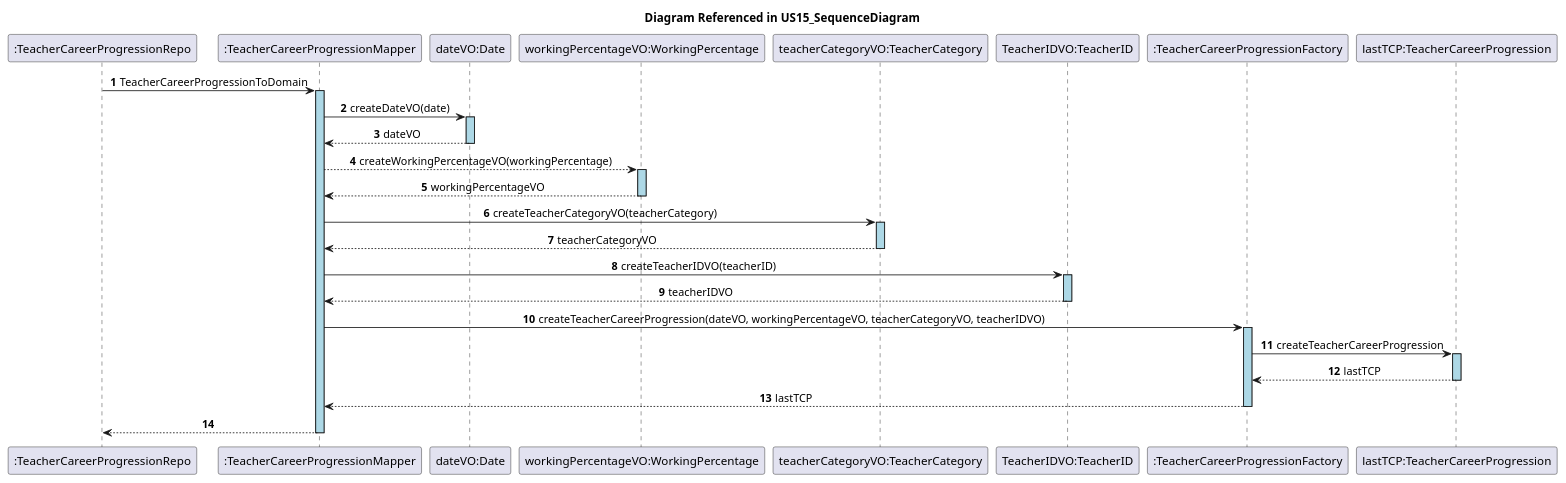
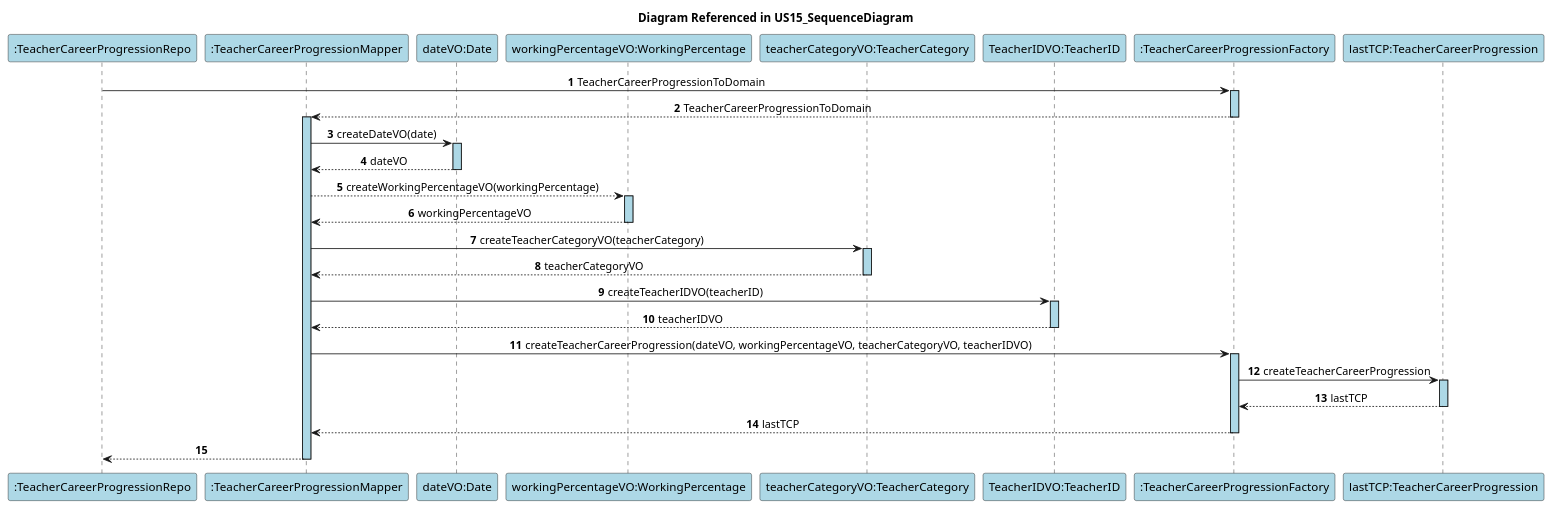
One commit to GasparISEP/DevOps-PAI changed the diagram in docs/US15/UpdateTeacherWorkingPercentage_SpringData/SequenceDiagramRef_ToDomain.puml. Above: the diagram before and after it, drawn with PlantUML. The commit also changed 5 other files, not shown here.

Commit message:
Update the sequence diagrams for the TeacherCareerProgression aggregate. Refs #268

```diff
--- a/docs/US15/UpdateTeacherWorkingPercentage_SpringData/SequenceDiagramRef_ToDomain.puml
+++ b/docs/US15/UpdateTeacherWorkingPercentage_SpringData/SequenceDiagramRef_ToDomain.puml
@@ -1,46 +1,50 @@
 @startuml
 autonumber
 skinparam sequenceMessageAlign center
 skinparam sequenceLifeLineBackgroundColor lightblue
 title Diagram Referenced in US15_SequenceDiagram
 
-participant ":TeacherCareerProgressionRepo" as TCPRepo
-participant ":TeacherCareerProgressionMapper" as TCPMapper
-participant "dateVO:Date" as DateVO
-participant "workingPercentageVO:WorkingPercentage" as WPVO
-participant "teacherCategoryVO:TeacherCategory" as TCVO
-participant "TeacherIDVO:TeacherID" as TID
-participant ":TeacherCareerProgressionFactory" as TCPFactory
-participant "lastTCP:TeacherCareerProgression" as TCP
+participant ":TeacherCareerProgressionRepo" as TCPRepo #lightblue
+participant ":TeacherCareerProgressionFactory" as TCPFactory #lightblue
+participant ":TeacherCareerProgressionMapper" as TCPMapper #lightblue
+participant "dateVO:Date" as DateVO #lightblue
+participant "workingPercentageVO:WorkingPercentage" as WPVO #lightblue
+participant "teacherCategoryVO:TeacherCategory" as TCVO #lightblue
+participant "TeacherIDVO:TeacherID" as TID #lightblue
+participant ":TeacherCareerProgressionFactory" as TCPFactory #lightblue
+participant "lastTCP:TeacherCareerProgression" as TCP #lightblue
 
-TCPRepo -> TCPMapper : TeacherCareerProgressionToDomain
+TCPRepo -> TCPFactory : TeacherCareerProgressionToDomain
+activate TCPFactory
+TCPFactory --> TCPMapper: TeacherCareerProgressionToDomain
+deactivate TCPFactory
 activate TCPMapper
 TCPMapper -> DateVO : createDateVO(date)
 activate DateVO
 DateVO --> TCPMapper : dateVO
 deactivate DateVO
 TCPMapper --> WPVO : createWorkingPercentageVO(workingPercentage)
 activate WPVO
 WPVO --> TCPMapper : workingPercentageVO
 deactivate WPVO
 TCPMapper -> TCVO : createTeacherCategoryVO(teacherCategory)
 activate TCVO
 TCVO --> TCPMapper : teacherCategoryVO
 deactivate TCVO
 TCPMapper -> TID : createTeacherIDVO(teacherID)
 activate TID
 TID --> TCPMapper : teacherIDVO
 deactivate TID
 
 TCPMapper -> TCPFactory : createTeacherCareerProgression(dateVO, workingPercentageVO, teacherCategoryVO, teacherIDVO)
 activate TCPFactory
 TCPFactory -> TCP : createTeacherCareerProgression
 activate TCP
 TCP --> TCPFactory: lastTCP
 deactivate TCP
 TCPFactory --> TCPMapper : lastTCP
 deactivate TCPFactory
 TCPMapper --> TCPRepo
 deactivate TCPMapper
 
 @enduml
```
